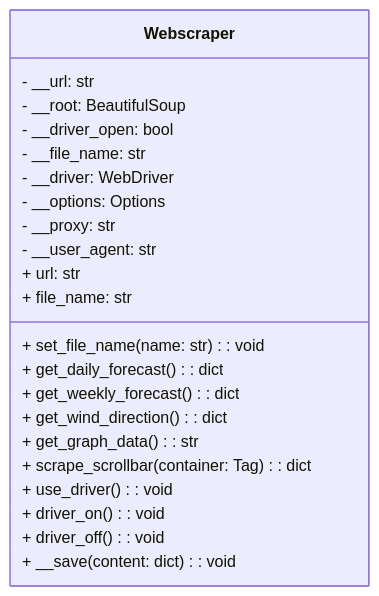
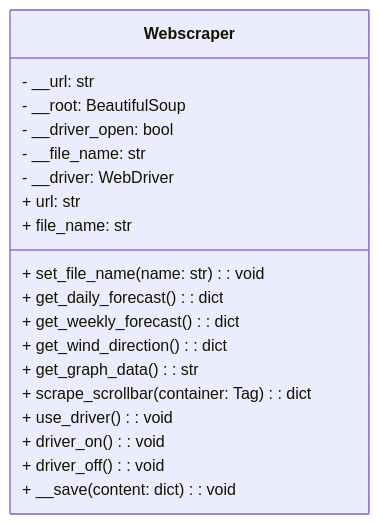
One commit to jensthebrogrammer/weather_site changed the diagram in webscraper/webscraper_sketch.md. Above: the diagram before and after it, drawn with Mermaid.

Commit message:
correcting a small mistake

`````diff
--- a/webscraper/webscraper_sketch.md
+++ b/webscraper/webscraper_sketch.md
@@ -1,27 +1,23 @@
 ````mermaid
 classDiagram
     class Webscraper {
         - __url: str
         - __root: BeautifulSoup
         - __driver_open: bool
         - __file_name: str
         - __driver: WebDriver
-        - __options: Options
-        - __proxy: str
-        - __user_agent: str
 
         + url: str
         + file_name: str
         + set_file_name(name: str): void
         + get_daily_forecast(): dict
         + get_weekly_forecast(): dict
         + get_wind_direction(): dict
         + get_graph_data(): str
         + scrape_scrollbar(container: Tag): dict
         + use_driver(): void
         + driver_on(): void
         + driver_off(): void
         + __save(content: dict): void
     }
-
 ````
`````
